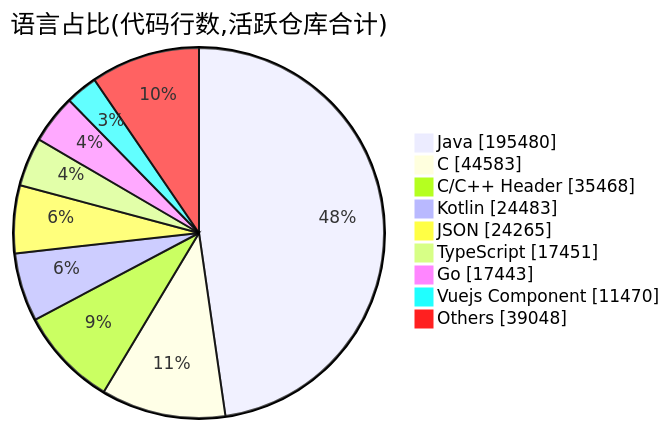
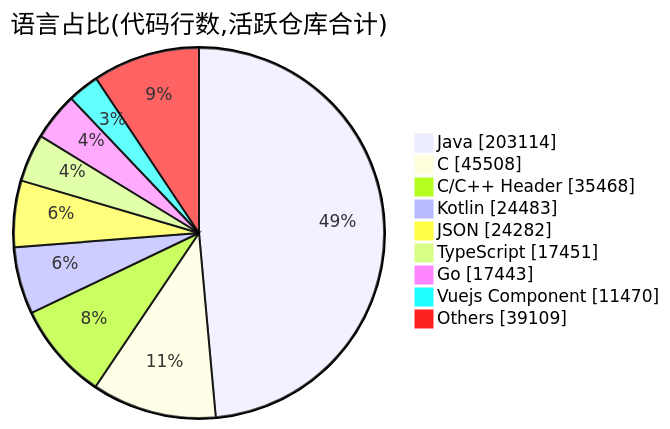
Before and after one commit to Conflux-Union/.github: the second of 2 diagrams in profile/README.md, drawn with Mermaid. The commit also changed other lines of this file and 1 other file, not shown here.

````diff
--- a/profile/README.md
+++ b/profile/README.md
@@ -82,13 +82,13 @@
 ```mermaid
 pie showData
     title 语言占比(代码行数,活跃仓库合计)
-    "Java" : 195480
-    "C" : 44583
+    "Java" : 203114
+    "C" : 45508
     "C/C++ Header" : 35468
     "Kotlin" : 24483
-    "JSON" : 24265
+    "JSON" : 24282
     "TypeScript" : 17451
     "Go" : 17443
     "Vuejs Component" : 11470
-    "Others" : 39048
+    "Others" : 39109
 ```
````
